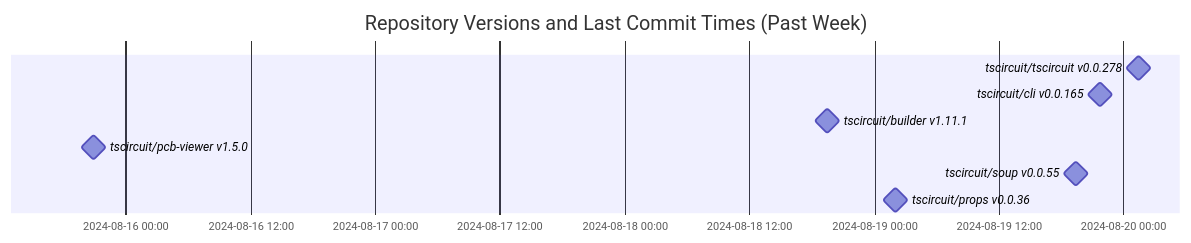
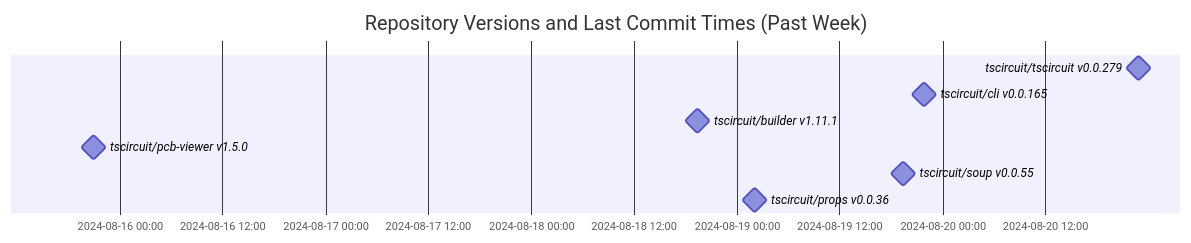
Before and after one commit to tscircuit/version-tracker: the diagram in README.md, drawn with Mermaid.

Commit message:
Update chart

````diff
--- a/README.md
+++ b/README.md
@@ -1,13 +1,13 @@
 ```mermaid
 gantt
   dateFormat  YYYY-MM-DD HH:mm:ss
   title Repository Versions and Last Commit Times (Past Week)
   axisFormat %Y-%m-%d %H:%M
 
-  tscircuit/tscircuit v0.0.278 : milestone, 2024-08-20 01:26:07, 1s
+  tscircuit/tscircuit v0.0.279 : milestone, 2024-08-20 22:51:13, 1s
   tscircuit/cli v0.0.165 : milestone, 2024-08-19 21:47:00, 1s
   tscircuit/builder v1.11.1 : milestone, 2024-08-18 19:26:24, 1s
   tscircuit/pcb-viewer v1.5.0 : milestone, 2024-08-15 20:55:08, 1s
   tscircuit/soup v0.0.55 : milestone, 2024-08-19 19:22:24, 1s
   tscircuit/props v0.0.36 : milestone, 2024-08-19 02:05:19, 1s
 ```
````
